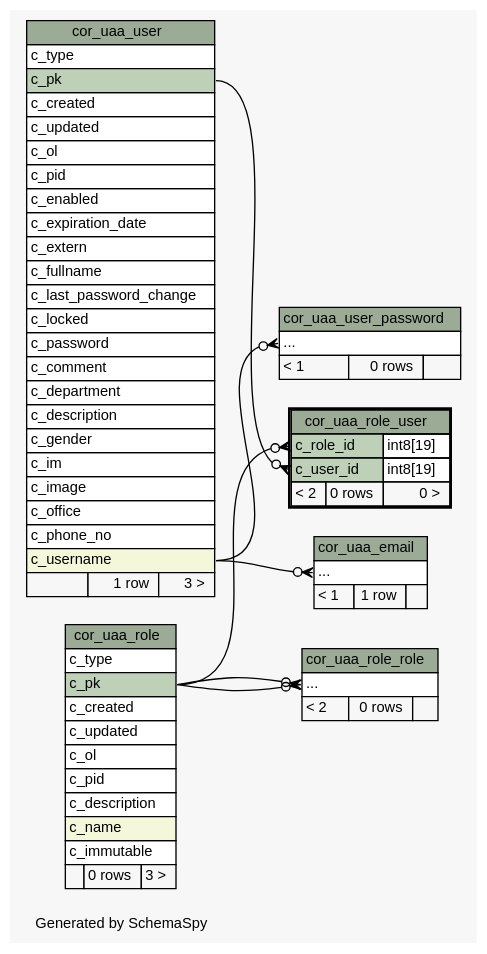
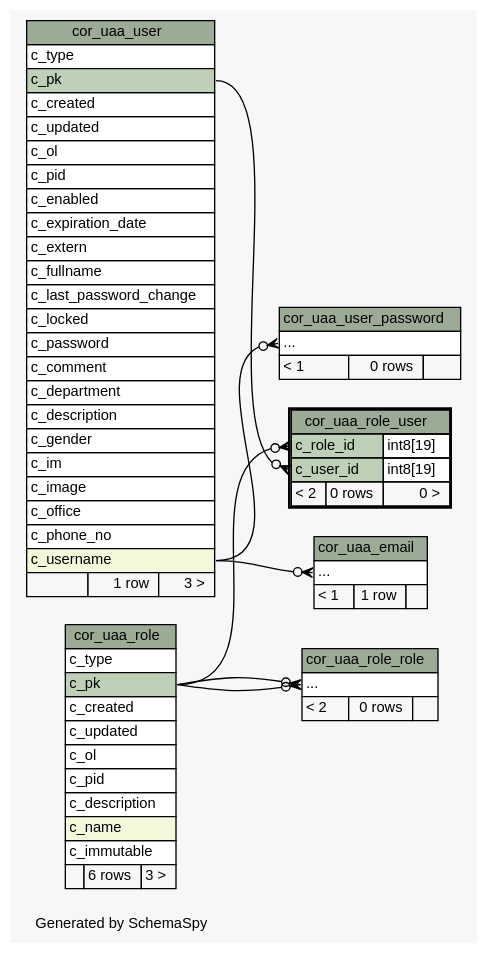
The diagram in 1.1.0-SNAPSHOT/schemaspy/diagrams/cor_uaa_role_user.2degrees.dot (openwms/org.openwms.core.uaa), drawn with Graphviz before and after one commit. The commit also changed 272 other files, not shown here.

```diff
--- a/1.1.0-SNAPSHOT/schemaspy/diagrams/cor_uaa_role_user.2degrees.dot
+++ b/1.1.0-SNAPSHOT/schemaspy/diagrams/cor_uaa_role_user.2degrees.dot
@@ -1,118 +1,118 @@
 // dot 2.38.0 on Linux 4.15.0-1077-gcp
 // SchemaSpy rev Unknown
 digraph "twoDegreesRelationshipsDiagram" {
   graph [
     rankdir="RL"
     bgcolor="#f7f7f7"
     label="\nGenerated by SchemaSpy"
     labeljust="l"
     nodesep="0.18"
     ranksep="0.46"
     fontname="Helvetica"
     fontsize="11"
   ];
   node [
     fontname="Helvetica"
     fontsize="11"
     shape="plaintext"
   ];
   edge [
     arrowsize="0.8"
   ];
   "cor_uaa_email":"elipses":w -> "cor_uaa_user":"c_username":e [arrowhead=none dir=back arrowtail=crowodot];
   "cor_uaa_role_role":"elipses":w -> "cor_uaa_role":"c_pk":e [arrowhead=none dir=back arrowtail=crowodot];
   "cor_uaa_role_role":"elipses":w -> "cor_uaa_role":"c_pk":e [arrowhead=none dir=back arrowtail=crowodot];
   "cor_uaa_role_user":"c_role_id":w -> "cor_uaa_role":"c_pk":e [arrowhead=none dir=back arrowtail=crowodot];
   "cor_uaa_role_user":"c_user_id":w -> "cor_uaa_user":"c_pk":e [arrowhead=none dir=back arrowtail=crowodot];
   "cor_uaa_user_password":"elipses":w -> "cor_uaa_user":"c_username":e [arrowhead=none dir=back arrowtail=crowodot];
   "cor_uaa_email" [
     label=<
     <TABLE BORDER="0" CELLBORDER="1" CELLSPACING="0" BGCOLOR="#ffffff">
       <TR><TD COLSPAN="3" BGCOLOR="#9bab96" ALIGN="CENTER">cor_uaa_email</TD></TR>
       <TR><TD PORT="elipses" COLSPAN="3" ALIGN="LEFT">...</TD></TR>
       <TR><TD ALIGN="LEFT" BGCOLOR="#f7f7f7">&lt; 1</TD><TD ALIGN="RIGHT" BGCOLOR="#f7f7f7">1 row</TD><TD ALIGN="RIGHT" BGCOLOR="#f7f7f7">  </TD></TR>
     </TABLE>>
     URL="cor_uaa_email.html"
     tooltip="cor_uaa_email"
   ];
   "cor_uaa_role" [
     label=<
     <TABLE BORDER="0" CELLBORDER="1" CELLSPACING="0" BGCOLOR="#ffffff">
       <TR><TD COLSPAN="3" BGCOLOR="#9bab96" ALIGN="CENTER">cor_uaa_role</TD></TR>
       <TR><TD PORT="c_type" COLSPAN="3" ALIGN="LEFT">c_type</TD></TR>
       <TR><TD PORT="c_pk" COLSPAN="3" BGCOLOR="#bed1b8" ALIGN="LEFT">c_pk</TD></TR>
       <TR><TD PORT="c_created" COLSPAN="3" ALIGN="LEFT">c_created</TD></TR>
       <TR><TD PORT="c_updated" COLSPAN="3" ALIGN="LEFT">c_updated</TD></TR>
       <TR><TD PORT="c_ol" COLSPAN="3" ALIGN="LEFT">c_ol</TD></TR>
       <TR><TD PORT="c_pid" COLSPAN="3" ALIGN="LEFT">c_pid</TD></TR>
       <TR><TD PORT="c_description" COLSPAN="3" ALIGN="LEFT">c_description</TD></TR>
       <TR><TD PORT="c_name" COLSPAN="3" BGCOLOR="#f4f7da" ALIGN="LEFT">c_name</TD></TR>
       <TR><TD PORT="c_immutable" COLSPAN="3" ALIGN="LEFT">c_immutable</TD></TR>
-      <TR><TD ALIGN="LEFT" BGCOLOR="#f7f7f7">  </TD><TD ALIGN="RIGHT" BGCOLOR="#f7f7f7">0 rows</TD><TD ALIGN="RIGHT" BGCOLOR="#f7f7f7">3 &gt;</TD></TR>
+      <TR><TD ALIGN="LEFT" BGCOLOR="#f7f7f7">  </TD><TD ALIGN="RIGHT" BGCOLOR="#f7f7f7">6 rows</TD><TD ALIGN="RIGHT" BGCOLOR="#f7f7f7">3 &gt;</TD></TR>
     </TABLE>>
     URL="cor_uaa_role.html"
     tooltip="cor_uaa_role"
   ];
   "cor_uaa_role_role" [
     label=<
     <TABLE BORDER="0" CELLBORDER="1" CELLSPACING="0" BGCOLOR="#ffffff">
       <TR><TD COLSPAN="3" BGCOLOR="#9bab96" ALIGN="CENTER">cor_uaa_role_role</TD></TR>
       <TR><TD PORT="elipses" COLSPAN="3" ALIGN="LEFT">...</TD></TR>
       <TR><TD ALIGN="LEFT" BGCOLOR="#f7f7f7">&lt; 2</TD><TD ALIGN="RIGHT" BGCOLOR="#f7f7f7">0 rows</TD><TD ALIGN="RIGHT" BGCOLOR="#f7f7f7">  </TD></TR>
     </TABLE>>
     URL="cor_uaa_role_role.html"
     tooltip="cor_uaa_role_role"
   ];
   "cor_uaa_role_user" [
     label=<
     <TABLE BORDER="2" CELLBORDER="1" CELLSPACING="0" BGCOLOR="#ffffff">
       <TR><TD COLSPAN="3" BGCOLOR="#9bab96" ALIGN="CENTER">cor_uaa_role_user</TD></TR>
       <TR><TD PORT="c_role_id" COLSPAN="2" BGCOLOR="#bed1b8" ALIGN="LEFT">c_role_id</TD><TD PORT="c_role_id.type" ALIGN="LEFT">int8[19]</TD></TR>
       <TR><TD PORT="c_user_id" COLSPAN="2" BGCOLOR="#bed1b8" ALIGN="LEFT">c_user_id</TD><TD PORT="c_user_id.type" ALIGN="LEFT">int8[19]</TD></TR>
       <TR><TD ALIGN="LEFT" BGCOLOR="#f7f7f7">&lt; 2</TD><TD ALIGN="RIGHT" BGCOLOR="#f7f7f7">0 rows</TD><TD ALIGN="RIGHT" BGCOLOR="#f7f7f7">0 &gt;</TD></TR>
     </TABLE>>
     URL="cor_uaa_role_user.html"
     tooltip="cor_uaa_role_user"
   ];
   "cor_uaa_user" [
     label=<
     <TABLE BORDER="0" CELLBORDER="1" CELLSPACING="0" BGCOLOR="#ffffff">
       <TR><TD COLSPAN="3" BGCOLOR="#9bab96" ALIGN="CENTER">cor_uaa_user</TD></TR>
       <TR><TD PORT="c_type" COLSPAN="3" ALIGN="LEFT">c_type</TD></TR>
       <TR><TD PORT="c_pk" COLSPAN="3" BGCOLOR="#bed1b8" ALIGN="LEFT">c_pk</TD></TR>
       <TR><TD PORT="c_created" COLSPAN="3" ALIGN="LEFT">c_created</TD></TR>
       <TR><TD PORT="c_updated" COLSPAN="3" ALIGN="LEFT">c_updated</TD></TR>
       <TR><TD PORT="c_ol" COLSPAN="3" ALIGN="LEFT">c_ol</TD></TR>
       <TR><TD PORT="c_pid" COLSPAN="3" ALIGN="LEFT">c_pid</TD></TR>
       <TR><TD PORT="c_enabled" COLSPAN="3" ALIGN="LEFT">c_enabled</TD></TR>
       <TR><TD PORT="c_expiration_date" COLSPAN="3" ALIGN="LEFT">c_expiration_date</TD></TR>
       <TR><TD PORT="c_extern" COLSPAN="3" ALIGN="LEFT">c_extern</TD></TR>
       <TR><TD PORT="c_fullname" COLSPAN="3" ALIGN="LEFT">c_fullname</TD></TR>
       <TR><TD PORT="c_last_password_change" COLSPAN="3" ALIGN="LEFT">c_last_password_change</TD></TR>
       <TR><TD PORT="c_locked" COLSPAN="3" ALIGN="LEFT">c_locked</TD></TR>
       <TR><TD PORT="c_password" COLSPAN="3" ALIGN="LEFT">c_password</TD></TR>
       <TR><TD PORT="c_comment" COLSPAN="3" ALIGN="LEFT">c_comment</TD></TR>
       <TR><TD PORT="c_department" COLSPAN="3" ALIGN="LEFT">c_department</TD></TR>
       <TR><TD PORT="c_description" COLSPAN="3" ALIGN="LEFT">c_description</TD></TR>
       <TR><TD PORT="c_gender" COLSPAN="3" ALIGN="LEFT">c_gender</TD></TR>
       <TR><TD PORT="c_im" COLSPAN="3" ALIGN="LEFT">c_im</TD></TR>
       <TR><TD PORT="c_image" COLSPAN="3" ALIGN="LEFT">c_image</TD></TR>
       <TR><TD PORT="c_office" COLSPAN="3" ALIGN="LEFT">c_office</TD></TR>
       <TR><TD PORT="c_phone_no" COLSPAN="3" ALIGN="LEFT">c_phone_no</TD></TR>
       <TR><TD PORT="c_username" COLSPAN="3" BGCOLOR="#f4f7da" ALIGN="LEFT">c_username</TD></TR>
       <TR><TD ALIGN="LEFT" BGCOLOR="#f7f7f7">  </TD><TD ALIGN="RIGHT" BGCOLOR="#f7f7f7">1 row</TD><TD ALIGN="RIGHT" BGCOLOR="#f7f7f7">3 &gt;</TD></TR>
     </TABLE>>
     URL="cor_uaa_user.html"
     tooltip="cor_uaa_user"
   ];
   "cor_uaa_user_password" [
     label=<
     <TABLE BORDER="0" CELLBORDER="1" CELLSPACING="0" BGCOLOR="#ffffff">
       <TR><TD COLSPAN="3" BGCOLOR="#9bab96" ALIGN="CENTER">cor_uaa_user_password</TD></TR>
       <TR><TD PORT="elipses" COLSPAN="3" ALIGN="LEFT">...</TD></TR>
       <TR><TD ALIGN="LEFT" BGCOLOR="#f7f7f7">&lt; 1</TD><TD ALIGN="RIGHT" BGCOLOR="#f7f7f7">0 rows</TD><TD ALIGN="RIGHT" BGCOLOR="#f7f7f7">  </TD></TR>
     </TABLE>>
     URL="cor_uaa_user_password.html"
     tooltip="cor_uaa_user_password"
   ];
 }
```
